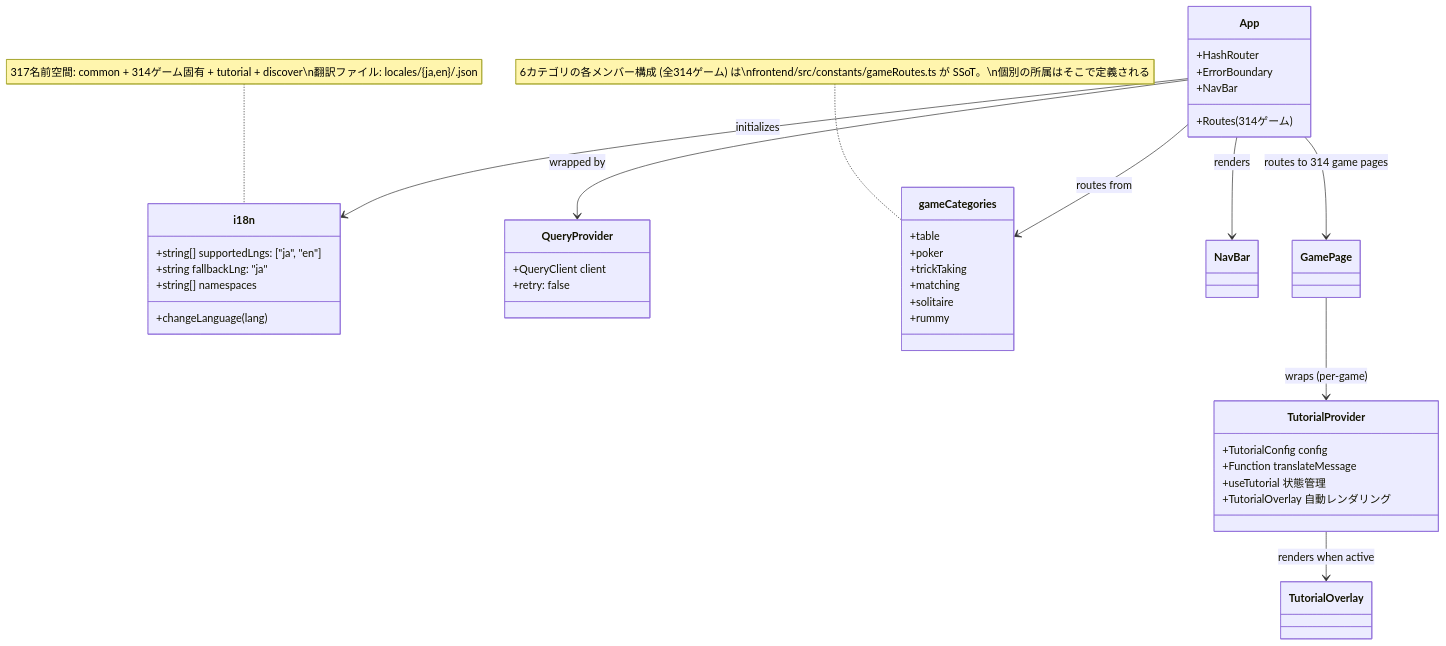
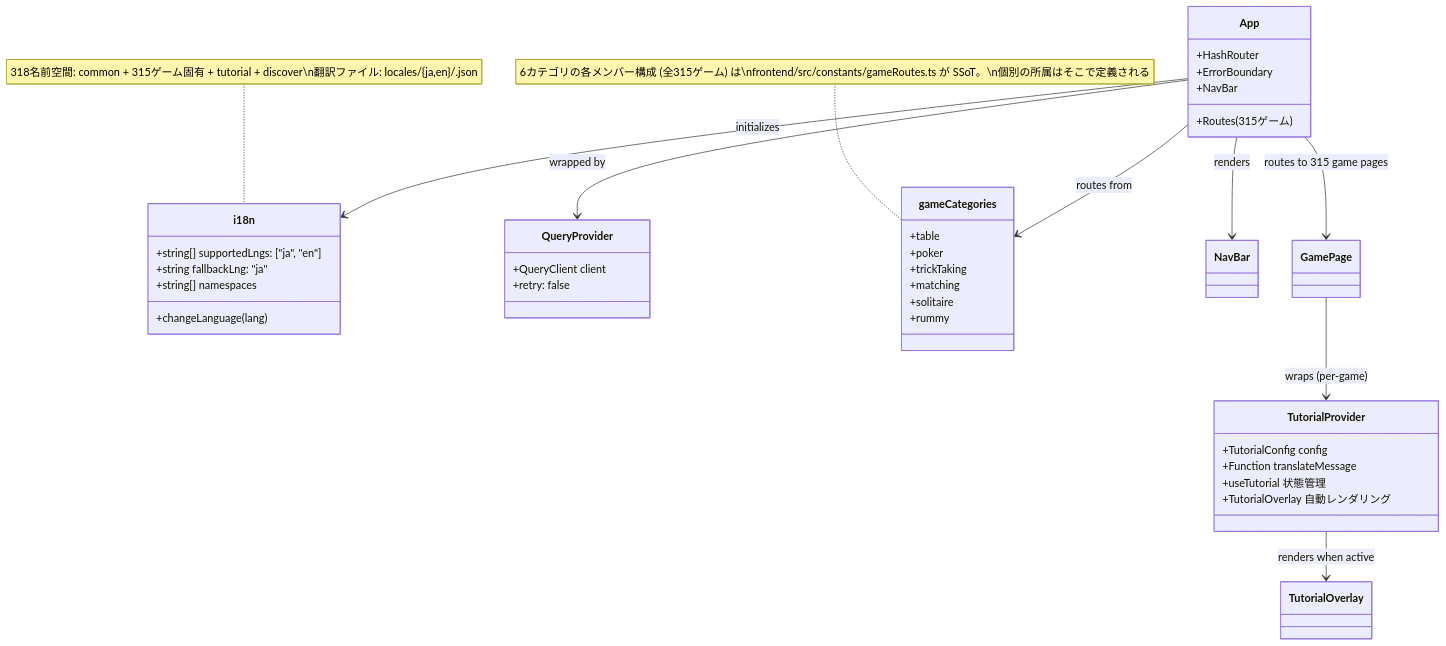
One commit to yuta-yoshinaga/go_trumpcards changed the ninth of 49 diagrams in docs/design/frontend.md. Above: the diagram before and after it, drawn with Mermaid. The commit also changed other lines of this file and 58 other files, not shown here.

````diff
--- a/docs/design/frontend.md
+++ b/docs/design/frontend.md
@@ -1869,48 +1869,48 @@
 ```mermaid
 classDiagram
     class i18n {
         +string[] supportedLngs: ["ja", "en"]
         +string fallbackLng: "ja"
         +string[] namespaces
         +changeLanguage(lang)
     }
 
     class QueryProvider {
         +QueryClient client
         +retry: false
     }
 
     class App {
         +HashRouter
         +ErrorBoundary
         +NavBar
-        +Routes (314ゲーム)
+        +Routes (315ゲーム)
     }
 
     class gameCategories {
         +table
         +poker
         +trickTaking
         +matching
         +solitaire
         +rummy
     }
-    note for gameCategories "6カテゴリの各メンバー構成 (全314ゲーム) は\nfrontend/src/constants/gameRoutes.ts が SSoT。\n個別の所属はそこで定義される"
+    note for gameCategories "6カテゴリの各メンバー構成 (全315ゲーム) は\nfrontend/src/constants/gameRoutes.ts が SSoT。\n個別の所属はそこで定義される"
 
     class TutorialProvider {
         +TutorialConfig config
         +Function translateMessage
         +useTutorial 状態管理
         +TutorialOverlay 自動レンダリング
     }
 
     App --> QueryProvider : wrapped by
     App --> i18n : initializes
     App --> gameCategories : routes from
     App --> NavBar : renders
-    App --> GamePage : routes to 314 game pages
+    App --> GamePage : routes to 315 game pages
     GamePage --> TutorialProvider : wraps (per-game)
     TutorialProvider --> TutorialOverlay : renders when active
 
-    note for i18n "317名前空間: common + 314ゲーム固有 + tutorial + discover\n翻訳ファイル: locales/{ja,en}/<game>.json"
+    note for i18n "318名前空間: common + 315ゲーム固有 + tutorial + discover\n翻訳ファイル: locales/{ja,en}/<game>.json"
 ```
````
